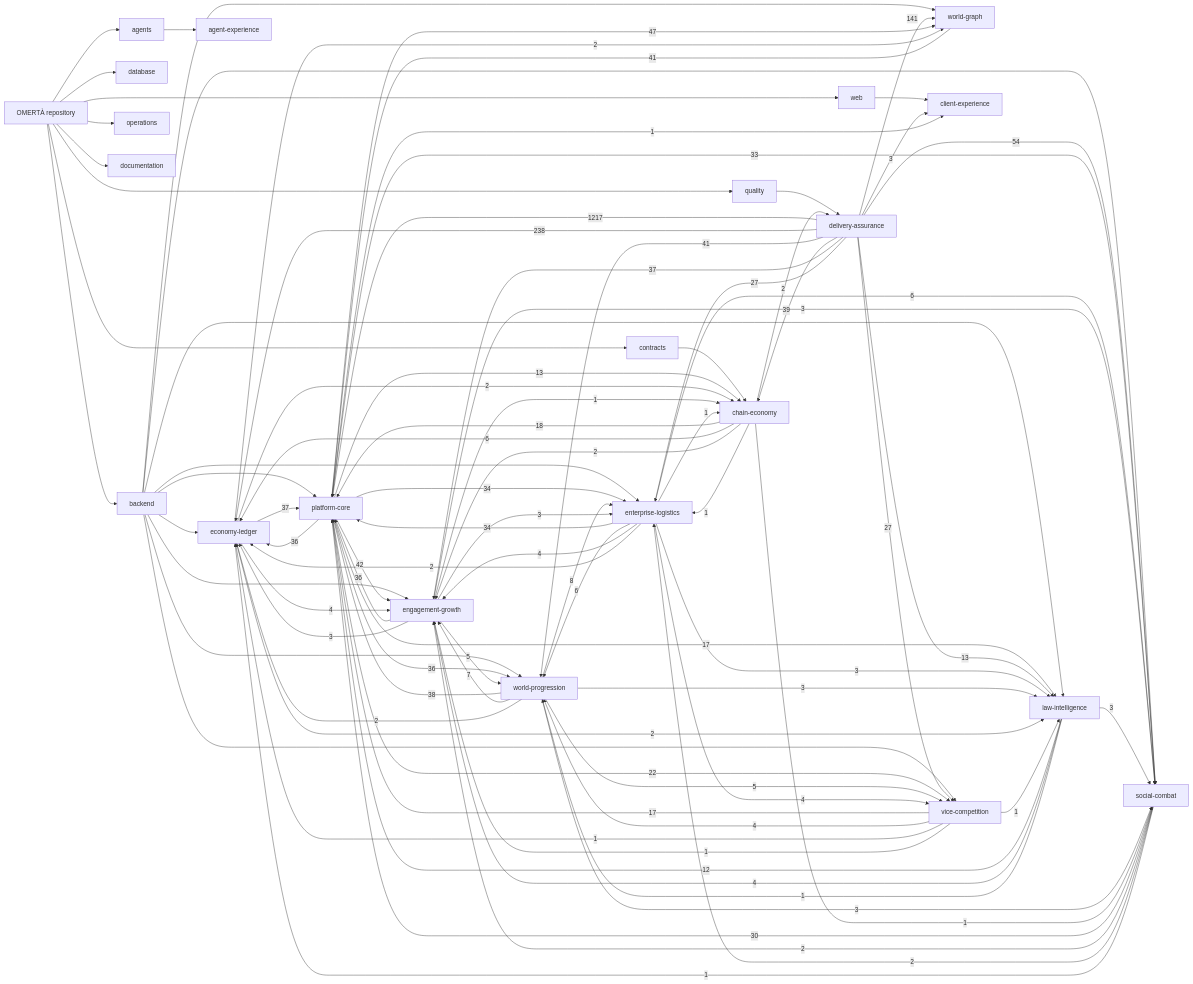
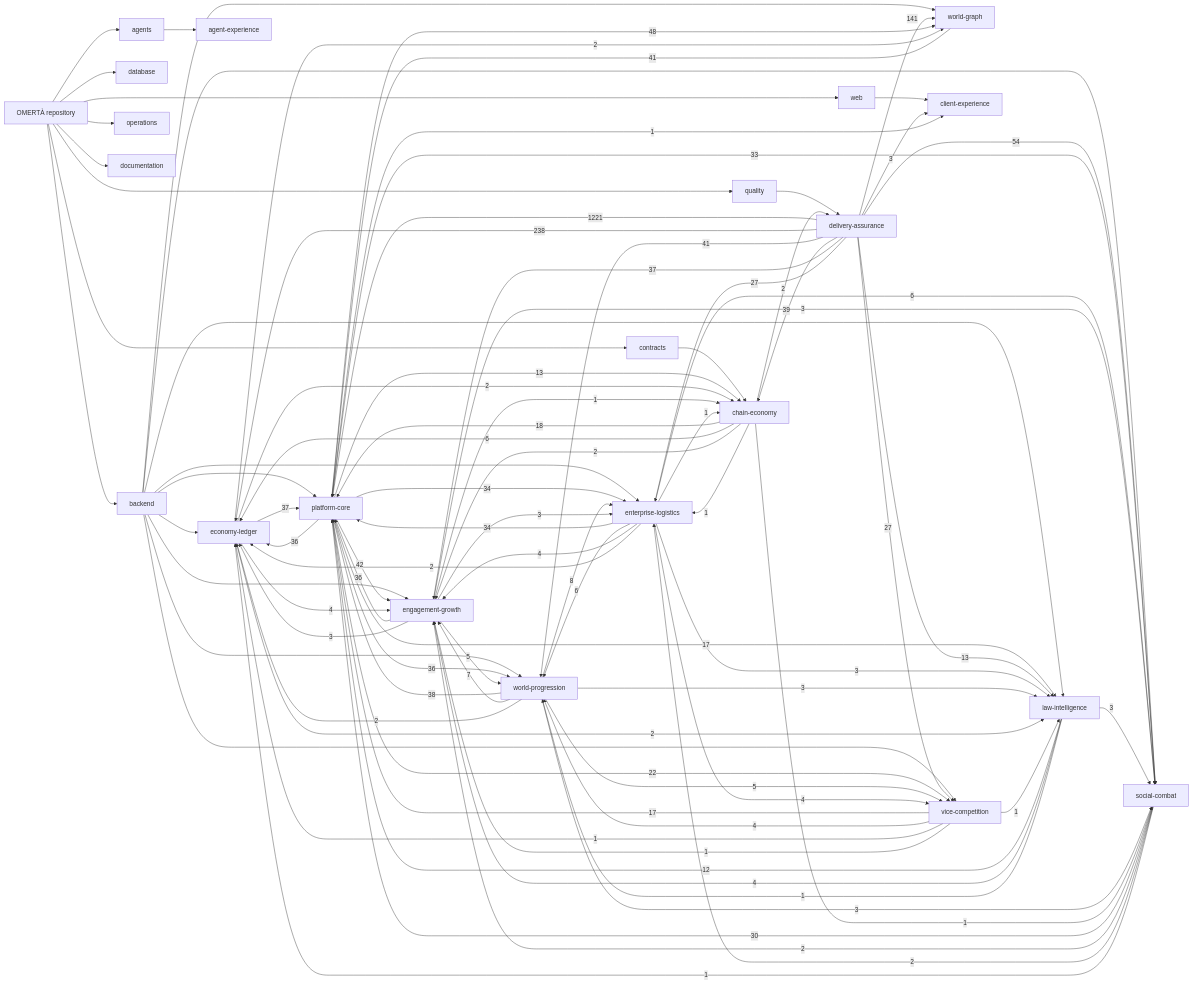
One commit to OmertaDev/Omerta changed the diagram in knowledge/generated/graph.mmd. Above: the diagram before and after it, drawn with Mermaid. The commit also changed 8 other files, not shown here.

```diff
--- a/knowledge/generated/graph.mmd
+++ b/knowledge/generated/graph.mmd
@@ -1,111 +1,111 @@
 flowchart LR
   repo["OMERTÀ repository"]
   sub_backend["backend"]
   repo --> sub_backend
   sub_database["database"]
   repo --> sub_database
   sub_web["web"]
   repo --> sub_web
   sub_contracts["contracts"]
   repo --> sub_contracts
   sub_agents["agents"]
   repo --> sub_agents
   sub_quality["quality"]
   repo --> sub_quality
   sub_operations["operations"]
   repo --> sub_operations
   sub_documentation["documentation"]
   repo --> sub_documentation
   dom_platform-core["platform-core"]
   dom_economy-ledger["economy-ledger"]
   dom_social-combat["social-combat"]
   dom_world-progression["world-progression"]
   dom_world-graph["world-graph"]
   dom_enterprise-logistics["enterprise-logistics"]
   dom_vice-competition["vice-competition"]
   dom_law-intelligence["law-intelligence"]
   dom_chain-economy["chain-economy"]
   dom_engagement-growth["engagement-growth"]
   dom_client-experience["client-experience"]
   dom_agent-experience["agent-experience"]
   dom_delivery-assurance["delivery-assurance"]
   sub_agents --> dom_agent-experience
   sub_backend --> dom_economy-ledger
   sub_backend --> dom_engagement-growth
   sub_backend --> dom_enterprise-logistics
   sub_backend --> dom_law-intelligence
   sub_backend --> dom_platform-core
   sub_backend --> dom_social-combat
   sub_backend --> dom_vice-competition
   sub_backend --> dom_world-graph
   sub_backend --> dom_world-progression
   sub_contracts --> dom_chain-economy
   sub_quality --> dom_delivery-assurance
   sub_web --> dom_client-experience
-  dom_delivery-assurance -->|1217| dom_platform-core
+  dom_delivery-assurance -->|1221| dom_platform-core
   dom_delivery-assurance -->|238| dom_economy-ledger
   dom_delivery-assurance -->|141| dom_world-graph
   dom_delivery-assurance -->|54| dom_social-combat
-  dom_platform-core -->|47| dom_world-graph
+  dom_platform-core -->|48| dom_world-graph
   dom_platform-core -->|42| dom_engagement-growth
   dom_delivery-assurance -->|41| dom_world-progression
   dom_world-graph -->|41| dom_platform-core
   dom_delivery-assurance -->|39| dom_chain-economy
   dom_world-progression -->|38| dom_platform-core
   dom_delivery-assurance -->|37| dom_engagement-growth
   dom_economy-ledger -->|37| dom_platform-core
   dom_engagement-growth -->|36| dom_platform-core
   dom_platform-core -->|36| dom_economy-ledger
   dom_platform-core -->|36| dom_world-progression
   dom_enterprise-logistics -->|34| dom_platform-core
   dom_platform-core -->|34| dom_enterprise-logistics
   dom_platform-core -->|33| dom_social-combat
   dom_social-combat -->|30| dom_platform-core
   dom_delivery-assurance -->|27| dom_enterprise-logistics
   dom_delivery-assurance -->|27| dom_vice-competition
   dom_platform-core -->|22| dom_vice-competition
   dom_chain-economy -->|18| dom_platform-core
   dom_platform-core -->|17| dom_law-intelligence
   dom_vice-competition -->|17| dom_platform-core
   dom_delivery-assurance -->|13| dom_law-intelligence
   dom_platform-core -->|13| dom_chain-economy
   dom_law-intelligence -->|12| dom_platform-core
   dom_world-progression -->|8| dom_enterprise-logistics
   dom_world-progression -->|7| dom_engagement-growth
   dom_chain-economy -->|6| dom_economy-ledger
   dom_enterprise-logistics -->|6| dom_social-combat
   dom_enterprise-logistics -->|6| dom_world-progression
   dom_engagement-growth -->|5| dom_world-progression
   dom_world-progression -->|5| dom_vice-competition
   dom_economy-ledger -->|4| dom_engagement-growth
   dom_enterprise-logistics -->|4| dom_engagement-growth
   dom_enterprise-logistics -->|4| dom_vice-competition
   dom_law-intelligence -->|4| dom_engagement-growth
   dom_vice-competition -->|4| dom_world-progression
   dom_delivery-assurance -->|3| dom_client-experience
   dom_engagement-growth -->|3| dom_economy-ledger
   dom_engagement-growth -->|3| dom_enterprise-logistics
   dom_engagement-growth -->|3| dom_social-combat
   dom_enterprise-logistics -->|3| dom_law-intelligence
   dom_law-intelligence -->|3| dom_social-combat
   dom_world-progression -->|3| dom_law-intelligence
   dom_world-progression -->|3| dom_social-combat
   dom_chain-economy -->|2| dom_delivery-assurance
   dom_chain-economy -->|2| dom_engagement-growth
   dom_economy-ledger -->|2| dom_chain-economy
   dom_economy-ledger -->|2| dom_law-intelligence
   dom_economy-ledger -->|2| dom_world-graph
   dom_enterprise-logistics -->|2| dom_economy-ledger
   dom_social-combat -->|2| dom_engagement-growth
   dom_social-combat -->|2| dom_enterprise-logistics
   dom_world-progression -->|2| dom_economy-ledger
   dom_chain-economy -->|1| dom_enterprise-logistics
   dom_chain-economy -->|1| dom_social-combat
   dom_engagement-growth -->|1| dom_chain-economy
   dom_enterprise-logistics -->|1| dom_chain-economy
   dom_law-intelligence -->|1| dom_world-progression
   dom_platform-core -->|1| dom_client-experience
   dom_social-combat -->|1| dom_economy-ledger
   dom_vice-competition -->|1| dom_economy-ledger
   dom_vice-competition -->|1| dom_engagement-growth
   dom_vice-competition -->|1| dom_law-intelligence
```
